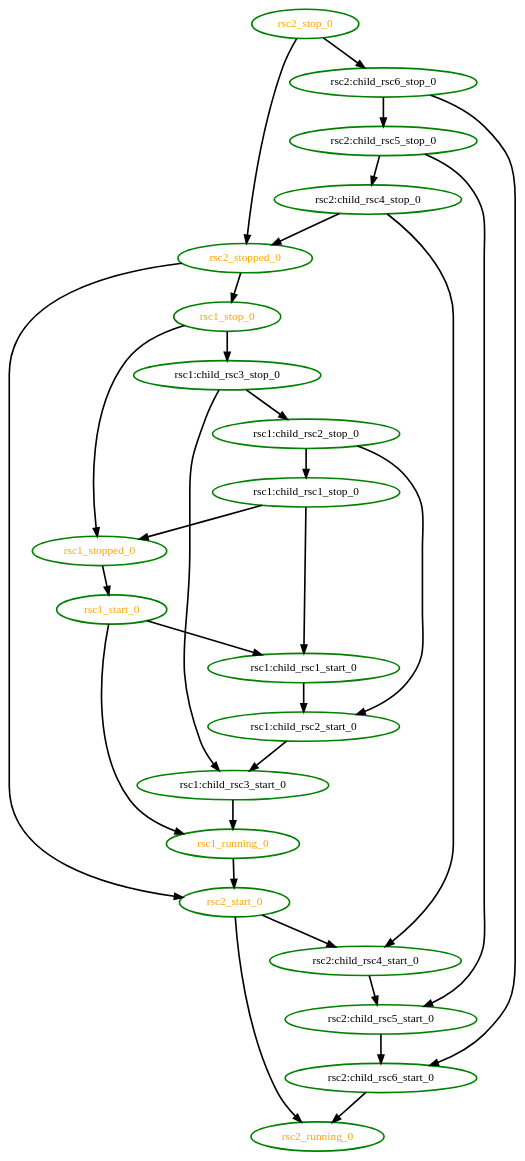
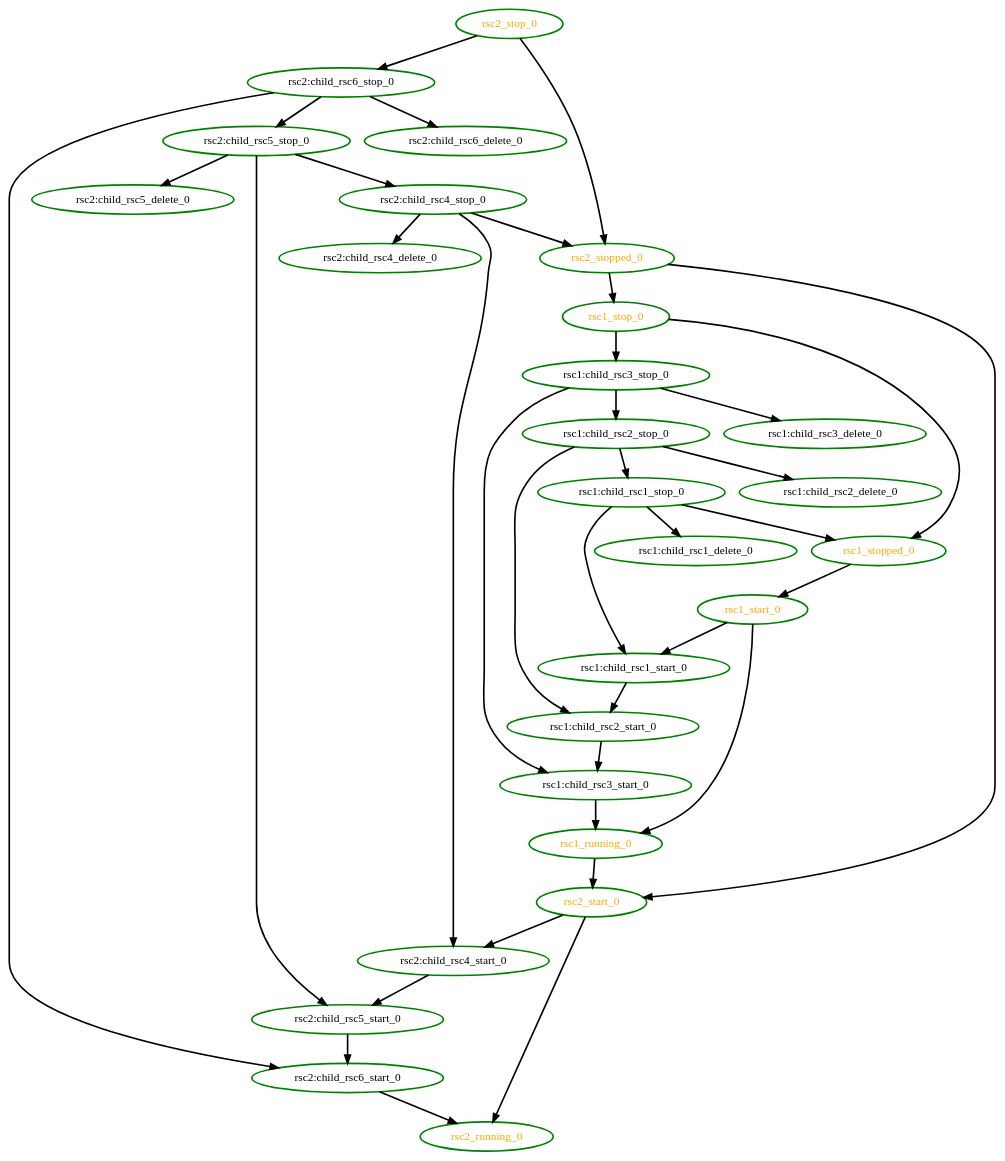
One commit to richiewen8/heartbeat changed the diagram in crm/pengine/testcases/group6.dot. Above: the diagram before and after it, drawn with Graphviz. The commit also changed 99 other files, not shown here.

First line of the commit message:
Resolve the "rsc state" mess Dont send delete's when the node is down or the resource failed Send delete's for any inactive resources

```diff
--- a/crm/pengine/testcases/group6.dot
+++ b/crm/pengine/testcases/group6.dot
@@ -1,53 +1,65 @@
 digraph "g" {
 	size = "30,30"
 "rsc1:child_rsc1_stop_0" [ tooltip="node1" style=bold color="green" fontcolor="black" ]
 "rsc1:child_rsc1_start_0" [ tooltip="node2" style=bold color="green" fontcolor="black" ]
+"rsc1:child_rsc1_delete_0" [ tooltip="node1" style=bold color="green" fontcolor="black" ]
 "rsc1:child_rsc2_stop_0" [ tooltip="node1" style=bold color="green" fontcolor="black" ]
 "rsc1:child_rsc2_start_0" [ tooltip="node2" style=bold color="green" fontcolor="black" ]
+"rsc1:child_rsc2_delete_0" [ tooltip="node1" style=bold color="green" fontcolor="black" ]
 "rsc1:child_rsc3_stop_0" [ tooltip="node1" style=bold color="green" fontcolor="black" ]
 "rsc1:child_rsc3_start_0" [ tooltip="node2" style=bold color="green" fontcolor="black" ]
+"rsc1:child_rsc3_delete_0" [ tooltip="node1" style=bold color="green" fontcolor="black" ]
 "rsc1_start_0" [ tooltip="" style=bold color="green" fontcolor="orange" ]
 "rsc1_running_0" [ tooltip="" style=bold color="green" fontcolor="orange" ]
 "rsc1_stop_0" [ tooltip="" style=bold color="green" fontcolor="orange" ]
 "rsc1_stopped_0" [ tooltip="" style=bold color="green" fontcolor="orange" ]
 "rsc2:child_rsc4_stop_0" [ tooltip="node1" style=bold color="green" fontcolor="black" ]
 "rsc2:child_rsc4_start_0" [ tooltip="node2" style=bold color="green" fontcolor="black" ]
+"rsc2:child_rsc4_delete_0" [ tooltip="node1" style=bold color="green" fontcolor="black" ]
 "rsc2:child_rsc5_stop_0" [ tooltip="node1" style=bold color="green" fontcolor="black" ]
 "rsc2:child_rsc5_start_0" [ tooltip="node2" style=bold color="green" fontcolor="black" ]
+"rsc2:child_rsc5_delete_0" [ tooltip="node1" style=bold color="green" fontcolor="black" ]
 "rsc2:child_rsc6_stop_0" [ tooltip="node1" style=bold color="green" fontcolor="black" ]
 "rsc2:child_rsc6_start_0" [ tooltip="node2" style=bold color="green" fontcolor="black" ]
+"rsc2:child_rsc6_delete_0" [ tooltip="node1" style=bold color="green" fontcolor="black" ]
 "rsc2_start_0" [ tooltip="" style=bold color="green" fontcolor="orange" ]
 "rsc2_running_0" [ tooltip="" style=bold color="green" fontcolor="orange" ]
 "rsc2_stop_0" [ tooltip="" style=bold color="green" fontcolor="orange" ]
 "rsc2_stopped_0" [ tooltip="" style=bold color="green" fontcolor="orange" ]
 "rsc1:child_rsc2_stop_0" -> "rsc1:child_rsc1_stop_0" [ style = bold]
 "rsc1:child_rsc1_stop_0" -> "rsc1:child_rsc1_start_0" [ style = bold]
 "rsc1_start_0" -> "rsc1:child_rsc1_start_0" [ style = bold]
+"rsc1:child_rsc1_stop_0" -> "rsc1:child_rsc1_delete_0" [ style = bold]
 "rsc1:child_rsc3_stop_0" -> "rsc1:child_rsc2_stop_0" [ style = bold]
 "rsc1:child_rsc1_start_0" -> "rsc1:child_rsc2_start_0" [ style = bold]
 "rsc1:child_rsc2_stop_0" -> "rsc1:child_rsc2_start_0" [ style = bold]
+"rsc1:child_rsc2_stop_0" -> "rsc1:child_rsc2_delete_0" [ style = bold]
 "rsc1_stop_0" -> "rsc1:child_rsc3_stop_0" [ style = bold]
 "rsc1:child_rsc2_start_0" -> "rsc1:child_rsc3_start_0" [ style = bold]
 "rsc1:child_rsc3_stop_0" -> "rsc1:child_rsc3_start_0" [ style = bold]
+"rsc1:child_rsc3_stop_0" -> "rsc1:child_rsc3_delete_0" [ style = bold]
 "rsc1_stopped_0" -> "rsc1_start_0" [ style = bold]
 "rsc1:child_rsc3_start_0" -> "rsc1_running_0" [ style = bold]
 "rsc1_start_0" -> "rsc1_running_0" [ style = bold]
 "rsc2_stopped_0" -> "rsc1_stop_0" [ style = bold]
 "rsc1:child_rsc1_stop_0" -> "rsc1_stopped_0" [ style = bold]
 "rsc1_stop_0" -> "rsc1_stopped_0" [ style = bold]
 "rsc2:child_rsc5_stop_0" -> "rsc2:child_rsc4_stop_0" [ style = bold]
 "rsc2:child_rsc4_stop_0" -> "rsc2:child_rsc4_start_0" [ style = bold]
 "rsc2_start_0" -> "rsc2:child_rsc4_start_0" [ style = bold]
+"rsc2:child_rsc4_stop_0" -> "rsc2:child_rsc4_delete_0" [ style = bold]
 "rsc2:child_rsc6_stop_0" -> "rsc2:child_rsc5_stop_0" [ style = bold]
 "rsc2:child_rsc4_start_0" -> "rsc2:child_rsc5_start_0" [ style = bold]
 "rsc2:child_rsc5_stop_0" -> "rsc2:child_rsc5_start_0" [ style = bold]
+"rsc2:child_rsc5_stop_0" -> "rsc2:child_rsc5_delete_0" [ style = bold]
 "rsc2_stop_0" -> "rsc2:child_rsc6_stop_0" [ style = bold]
 "rsc2:child_rsc5_start_0" -> "rsc2:child_rsc6_start_0" [ style = bold]
 "rsc2:child_rsc6_stop_0" -> "rsc2:child_rsc6_start_0" [ style = bold]
+"rsc2:child_rsc6_stop_0" -> "rsc2:child_rsc6_delete_0" [ style = bold]
 "rsc1_running_0" -> "rsc2_start_0" [ style = bold]
 "rsc2_stopped_0" -> "rsc2_start_0" [ style = bold]
 "rsc2:child_rsc6_start_0" -> "rsc2_running_0" [ style = bold]
 "rsc2_start_0" -> "rsc2_running_0" [ style = bold]
 "rsc2:child_rsc4_stop_0" -> "rsc2_stopped_0" [ style = bold]
 "rsc2_stop_0" -> "rsc2_stopped_0" [ style = bold]
 }
```
